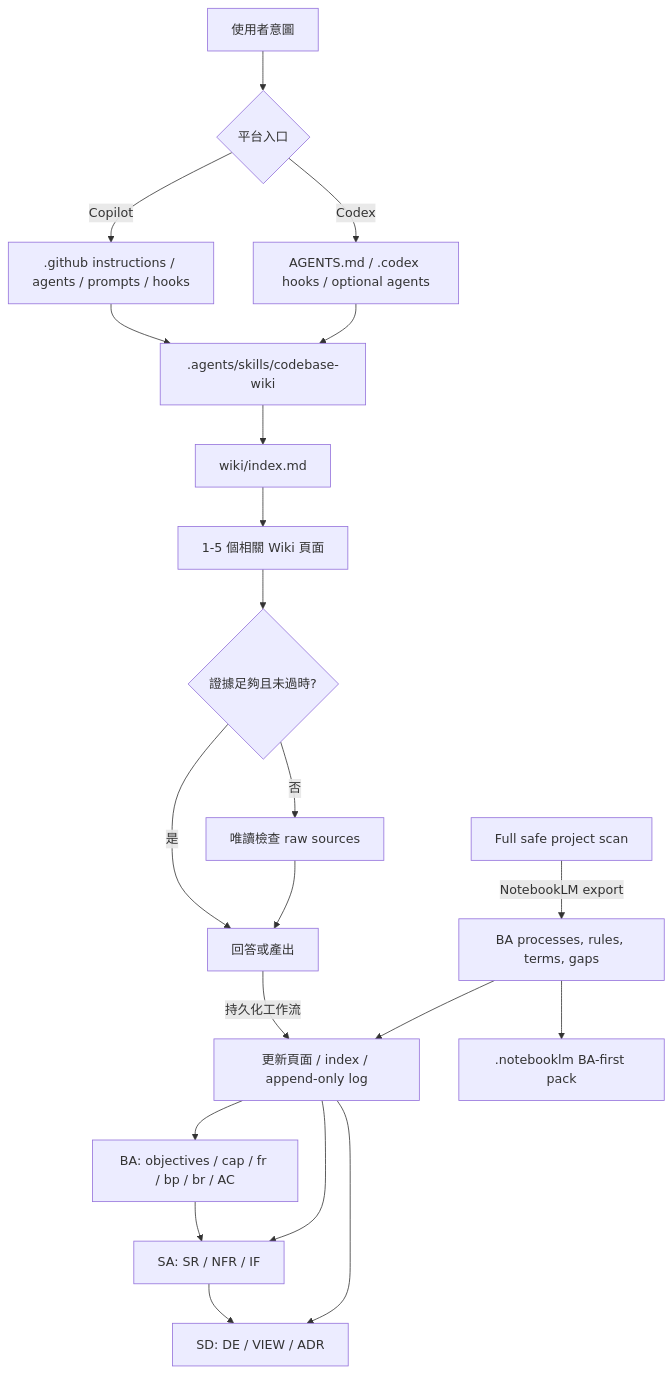
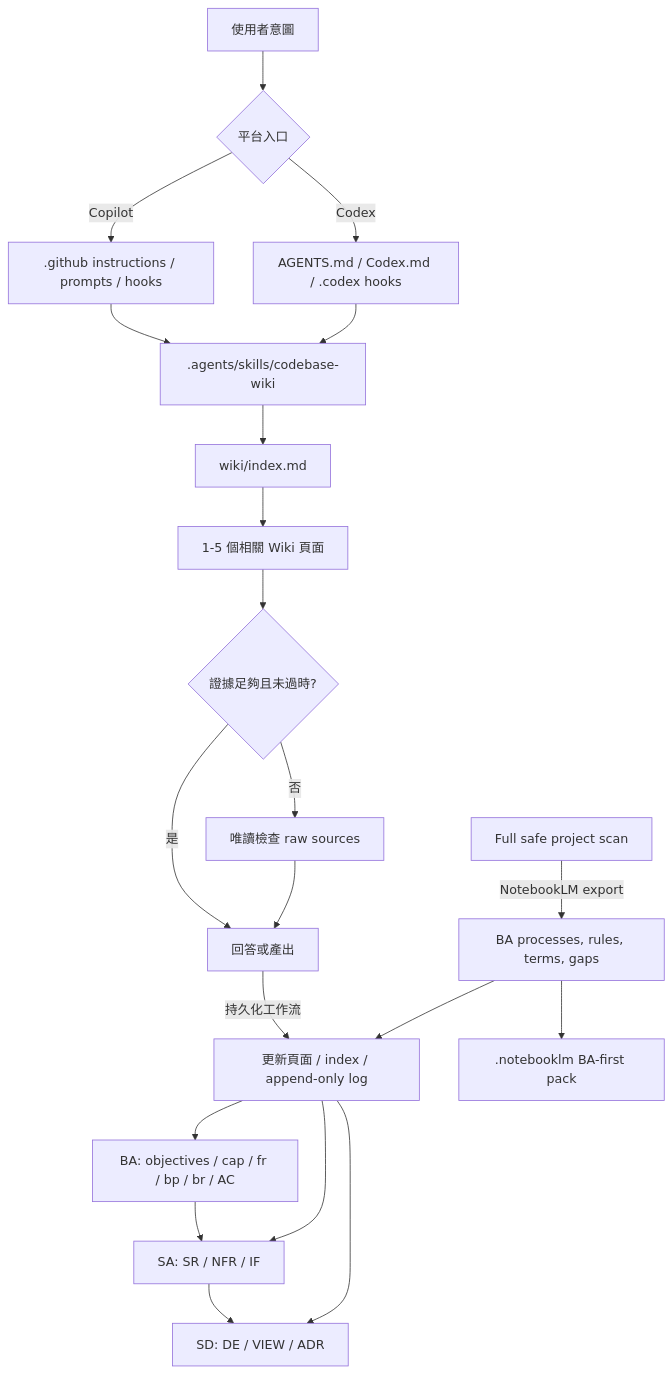
One commit to dennis8499/code-base-llm-wiki changed the diagram in docs/architecture/README.md. Above: the diagram before and after it, drawn with Mermaid. The commit also changed other lines of this file and 81 other files, not shown here.

````diff
--- a/docs/architecture/README.md
+++ b/docs/architecture/README.md
@@ -13,23 +13,23 @@
 ```mermaid
 flowchart TB
     User[使用者意圖] --> Entry{平台入口}
-    Entry -->|Copilot| GH[.github instructions / agents / prompts / hooks]
-    Entry -->|Codex| CX[AGENTS.md / .codex hooks / optional agents]
+    Entry -->|Copilot| GH[.github instructions / prompts / hooks]
+    Entry -->|Codex| CX[AGENTS.md / Codex.md / .codex hooks]
     GH --> Skill[.agents/skills/codebase-wiki]
     CX --> Skill
     Skill --> Index[wiki/index.md]
     Index --> Pages[1-5 個相關 Wiki 頁面]
     Pages --> Enough{證據足夠且未過時?}
     Enough -->|是| Result[回答或產出]
     Enough -->|否| Sources[唯讀檢查 raw sources]
     Sources --> Result
     Result -->|持久化工作流| Wiki[更新頁面 / index / append-only log]
     BA[BA: objectives / cap / fr / bp / br / AC] --> SA[SA: SR / NFR / IF]
     SA --> SD[SD: DE / VIEW / ADR]
     Wiki --> BA
     Wiki --> SA
     Wiki --> SD
     Project[Full safe project scan] -->|NotebookLM export| Docs[BA processes, rules, terms, gaps]
     Docs --> Wiki
     Docs --> Pack[.notebooklm BA-first pack]
 ```
````
